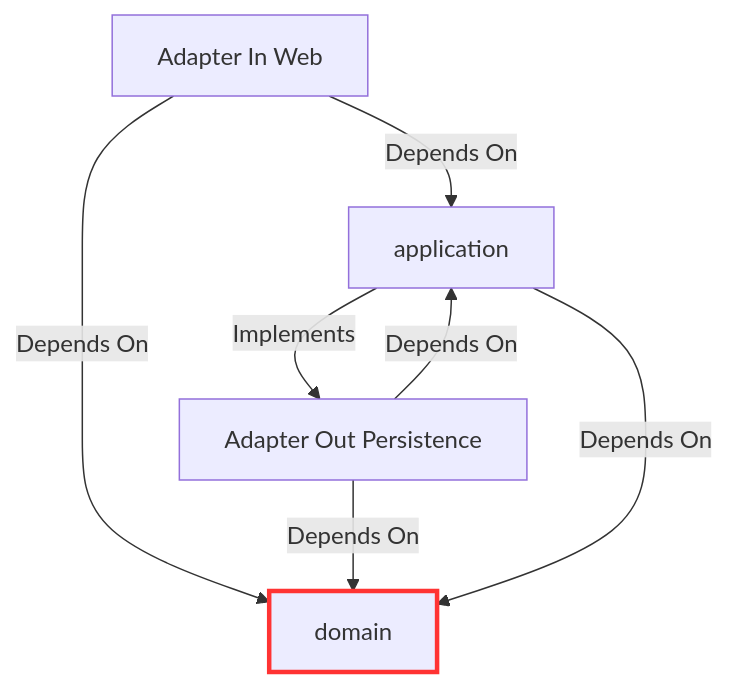
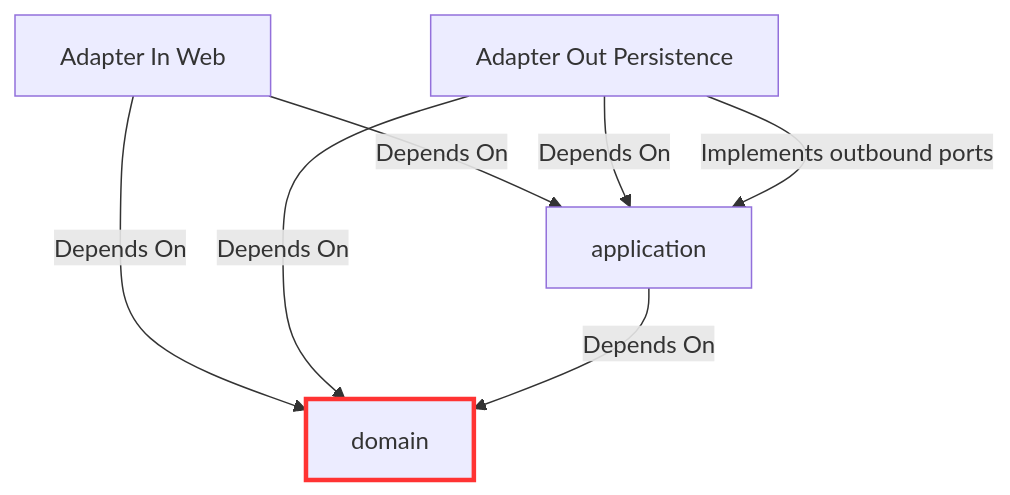
Before and after one commit to anyulled/superhero-battle-arena: the diagram in ARCHITECTURE.md, drawn with Mermaid. The commit also changed 4 other files, not shown here.

````diff
--- a/ARCHITECTURE.md
+++ b/ARCHITECTURE.md
@@ -44,12 +44,12 @@
 ```mermaid
 graph TD
     adapter.in[Adapter In Web] -- Depends On --> application
     adapter.out[Adapter Out Persistence] -- Depends On --> application
-    application -- Implements --> adapter.out
+    adapter.out -- Implements outbound ports --> application
     
     adapter.in -- Depends On --> domain
     adapter.out -- Depends On --> domain
     application -- Depends On --> domain
 
     style domain stroke:#f33,stroke-width:3px
 ```
````
